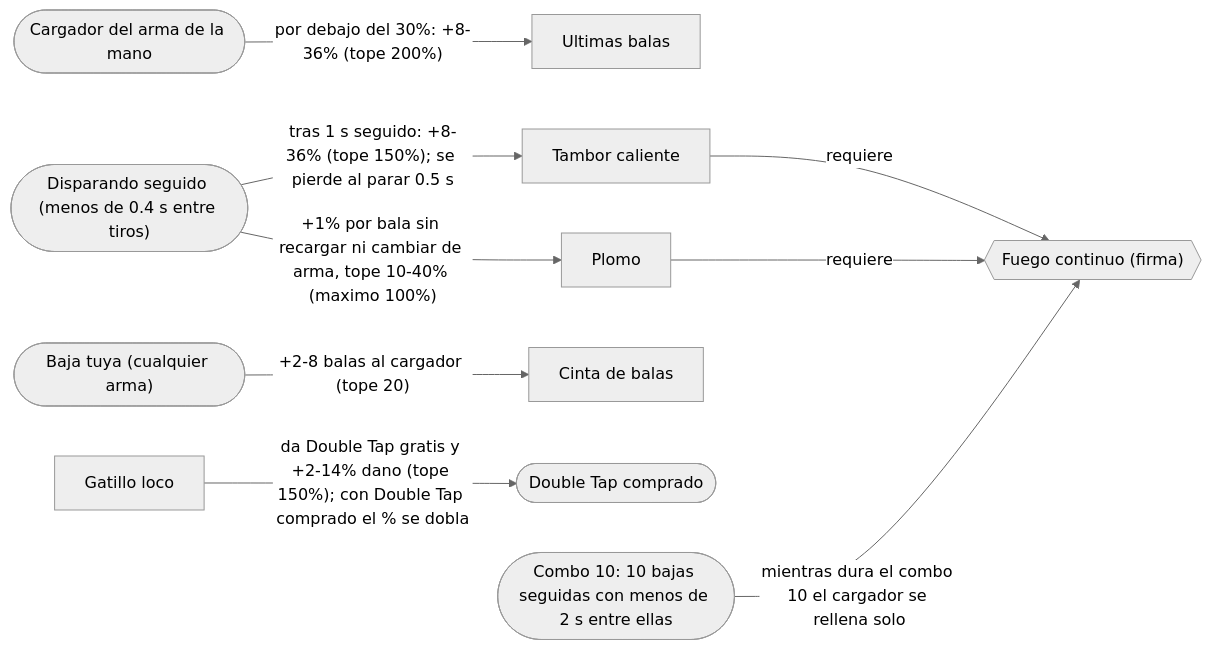
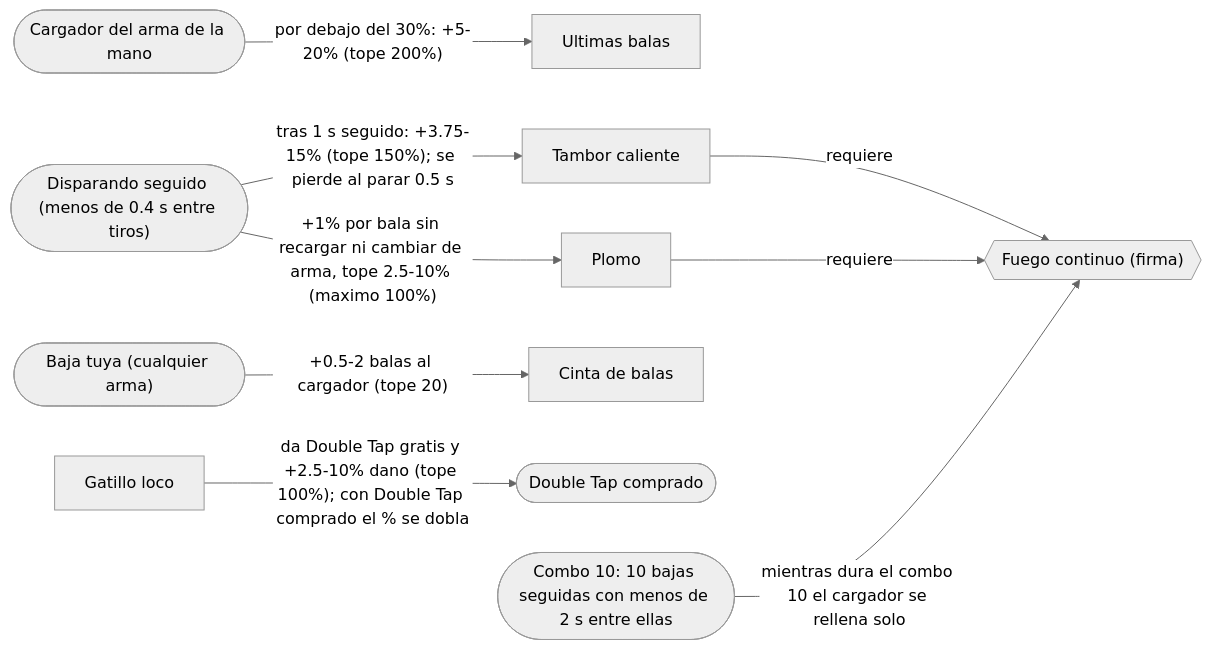
One commit to emailyasi1/bo2jodas changed diagram 11 of 15 in ARQUETIPOS.md. Above: the diagram before and after it, drawn with Mermaid (neutral theme). The commit also changed other lines of this file and 12 other files, not shown here.

````diff
--- a/ARQUETIPOS.md
+++ b/ARQUETIPOS.md
@@ -414,22 +414,22 @@
 ```mermaid
 flowchart LR
     cadencia["Gatillo loco"]
     ultimas["Ultimas balas"]
     tambor["Tambor caliente"]
     plomo["Plomo"]
     cinta["Cinta de balas"]
     continuo{{"Fuego continuo (firma)"}}
+    CARGADOR(["Cargador del arma de la mano"])
+    RAFAGA(["Disparando seguido (menos de 0.4 s entre tiros)"])
+    BAJA(["Baja tuya (cualquier arma)"])
     DT(["Double Tap comprado"])
-    BAJA(["Baja tuya (cualquier arma)"])
-    CARGADOR(["Cargador del arma de la mano"])
     COMBO10(["Combo 10: 10 bajas seguidas con menos de 2 s entre ellas"])
-    RAFAGA(["Disparando seguido (menos de 0.4 s entre tiros)"])
-    cadencia -->|"da Double Tap gratis y +2-14% dano (tope 150%); con Double Tap comprado el % se dobla"| DT
-    CARGADOR -->|"por debajo del 30%: +8-36% (tope 200%)"| ultimas
-    RAFAGA -->|"tras 1 s seguido: +8-36% (tope 150%); se pierde al parar 0.5 s"| tambor
-    RAFAGA -->|"+1% por bala sin recargar ni cambiar de arma, tope 10-40% (maximo 100%)"| plomo
-    BAJA -->|"+2-8 balas al cargador (tope 20)"| cinta
+    cadencia -->|"da Double Tap gratis y +2.5-10% dano (tope 100%); con Double Tap comprado el % se dobla"| DT
+    CARGADOR -->|"por debajo del 30%: +5-20% (tope 200%)"| ultimas
+    RAFAGA -->|"tras 1 s seguido: +3.75-15% (tope 150%); se pierde al parar 0.5 s"| tambor
+    RAFAGA -->|"+1% por bala sin recargar ni cambiar de arma, tope 2.5-10% (maximo 100%)"| plomo
+    BAJA -->|"+0.5-2 balas al cargador (tope 20)"| cinta
     tambor -->|"requiere"| continuo
     plomo -->|"requiere"| continuo
     COMBO10 -->|"mientras dura el combo 10 el cargador se rellena solo"| continuo
 ```
````
